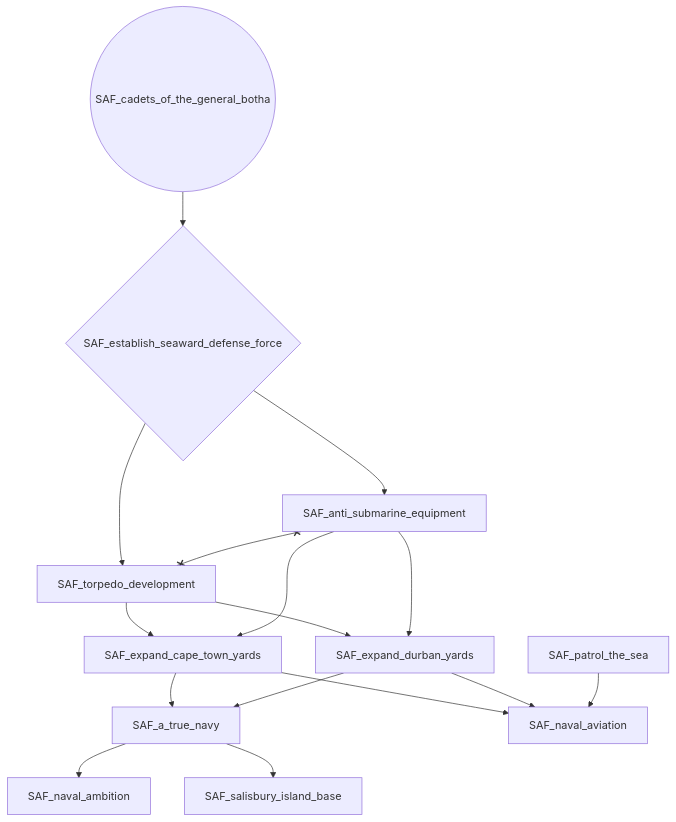
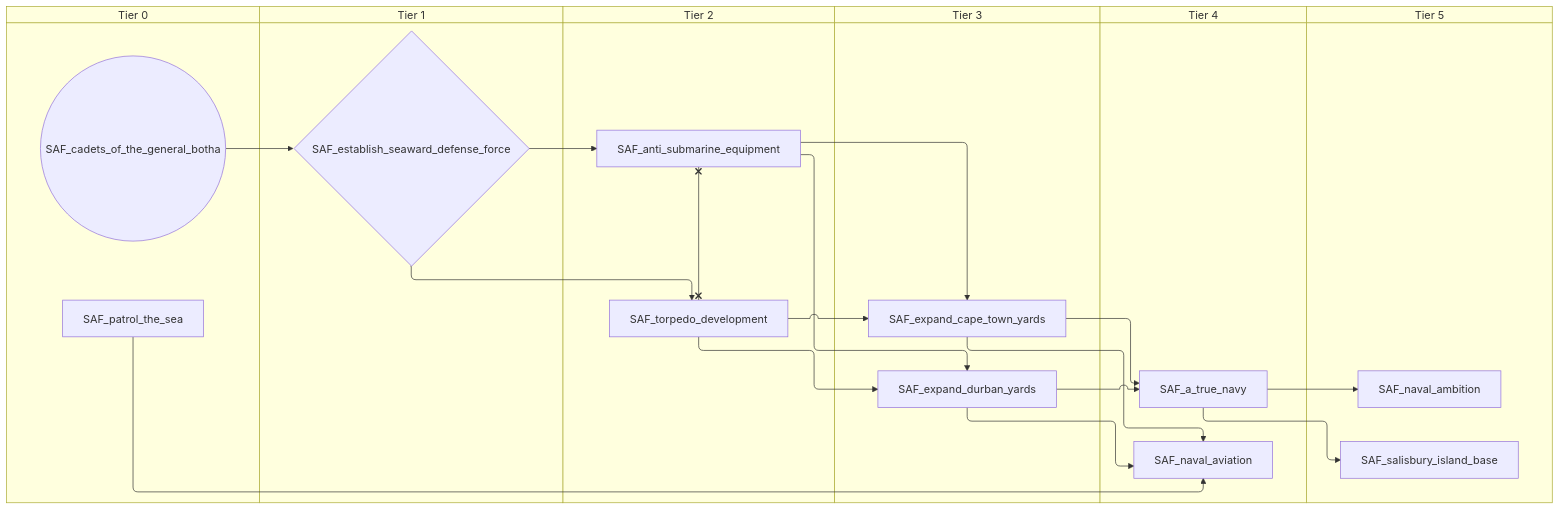
One commit to evgeny-sobol/hoi4-sandbox-mode-r56 changed the second of 6 diagrams in docs/gdd/National Focuses/south_africa.md. Above: the diagram before and after it, drawn with Mermaid. The commit also changed other lines of this file and 423 other files, not shown here.

First line of the commit message:
Re-export Rt56 focus trees as swimlane diagrams

````diff
--- a/docs/gdd/National Focuses/south_africa.md
+++ b/docs/gdd/National Focuses/south_africa.md
@@ -41,29 +51,41 @@
 ```mermaid
-flowchart TD
-    n16["SAF_a_true_navy"]
-    n17["SAF_anti_submarine_equipment"]
-    n18(("SAF_cadets_of_the_general_botha"))
-    n19{"SAF_establish_seaward_defense_force"}
-    n5["SAF_expand_cape_town_yards"]
-    n6["SAF_expand_durban_yards"]
-    n20["SAF_naval_ambition"]
-    n10["SAF_naval_aviation"]
-    n12["SAF_patrol_the_sea"]
-    n21["SAF_salisbury_island_base"]
-    n22["SAF_torpedo_development"]
-    n5 --> n16
-    n6 --> n16
-    n19 --> n17
-    n18 --> n19
-    n22 --> n5
-    n17 --> n5
-    n22 --> n6
-    n17 --> n6
-    n16 --> n20
-    n5 --> n10
-    n6 --> n10
-    n12 --> n10
-    n16 --> n21
-    n19 --> n22
-    n17 x--x n22
+swimlane-beta TD
+    subgraph tier_0["Tier 0"]
+        n16(("SAF_cadets_of_the_general_botha"))
+        n7["SAF_patrol_the_sea"]
+    end
+    subgraph tier_1["Tier 1"]
+        n17{"SAF_establish_seaward_defense_force"}
+    end
+    subgraph tier_2["Tier 2"]
+        n18["SAF_anti_submarine_equipment"]
+        n19["SAF_torpedo_development"]
+    end
+    subgraph tier_3["Tier 3"]
+        n2["SAF_expand_cape_town_yards"]
+        n3["SAF_expand_durban_yards"]
+    end
+    subgraph tier_4["Tier 4"]
+        n20["SAF_a_true_navy"]
+        n12["SAF_naval_aviation"]
+    end
+    subgraph tier_5["Tier 5"]
+        n21["SAF_naval_ambition"]
+        n22["SAF_salisbury_island_base"]
+    end
+    n2 --> n20
+    n3 --> n20
+    n17 --> n18
+    n16 --> n17
+    n19 --> n2
+    n18 --> n2
+    n19 --> n3
+    n18 --> n3
+    n20 --> n21
+    n2 --> n12
+    n3 --> n12
+    n7 --> n12
+    n20 --> n22
+    n17 --> n19
+    n18 x--x n19
 ```
````
